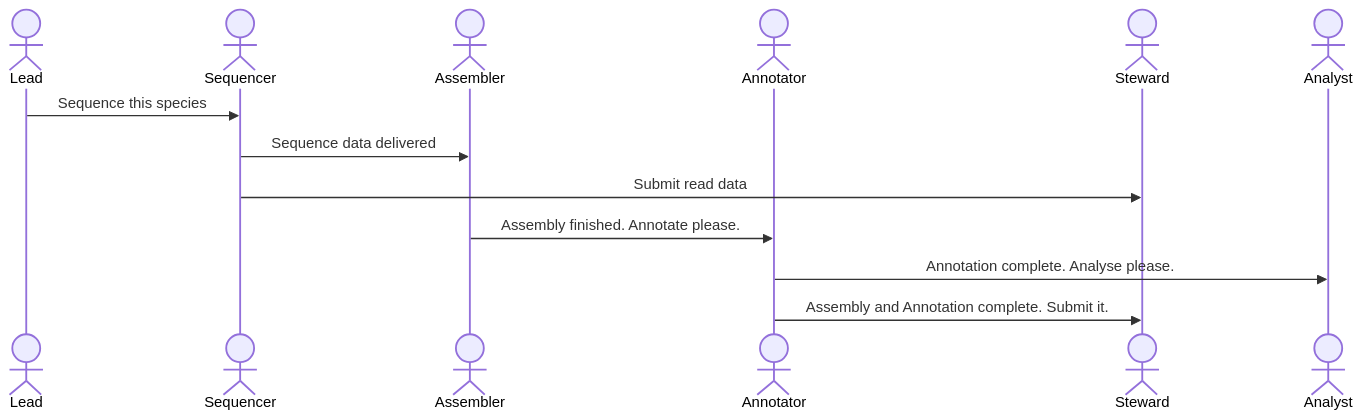
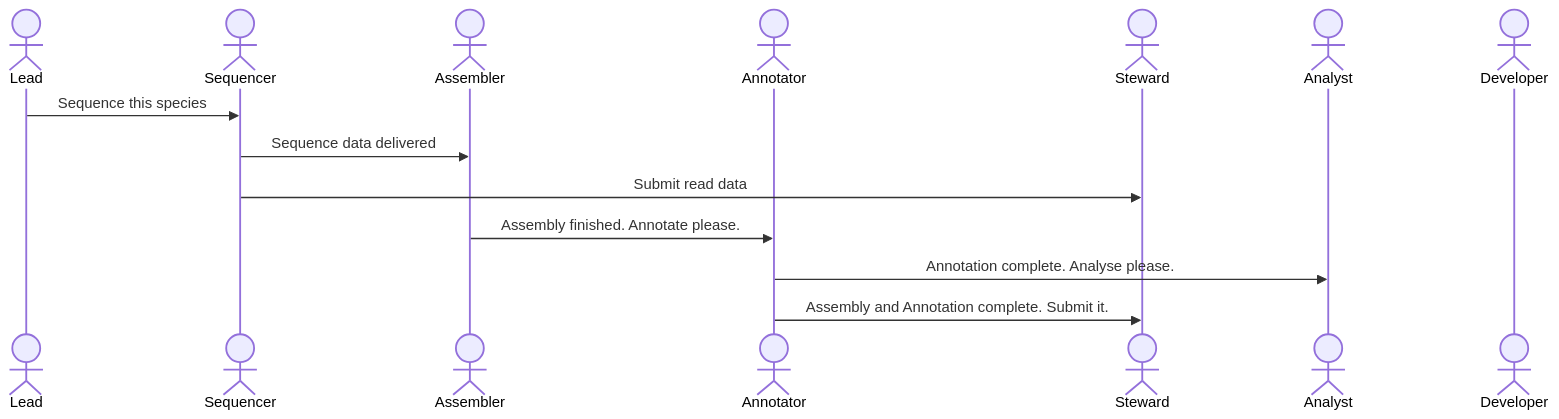
Before and after one commit to NBISweden/assembly-project-template: the second of 2 diagrams in docs/gh-pages/preface.qmd, drawn with Mermaid. The commit also changed other lines of this file, not shown here.

````diff
--- a/docs/gh-pages/preface.qmd
+++ b/docs/gh-pages/preface.qmd
@@ -30,15 +41,16 @@
 ```{mermaid}
 sequenceDiagram
     actor Lead
     actor Sequencer
     actor Assembler
     actor Annotator
     actor Steward
     actor Analyst
+    actor Developer
     Lead ->> Sequencer: Sequence this species
     Sequencer ->> Assembler: Sequence data delivered
     Sequencer ->> Steward: Submit read data
     Assembler ->> Annotator: Assembly finished. Annotate please.
     Annotator ->> Analyst: Annotation complete. Analyse please.
     Annotator ->> Steward: Assembly and Annotation complete. Submit it.
 ```
````
